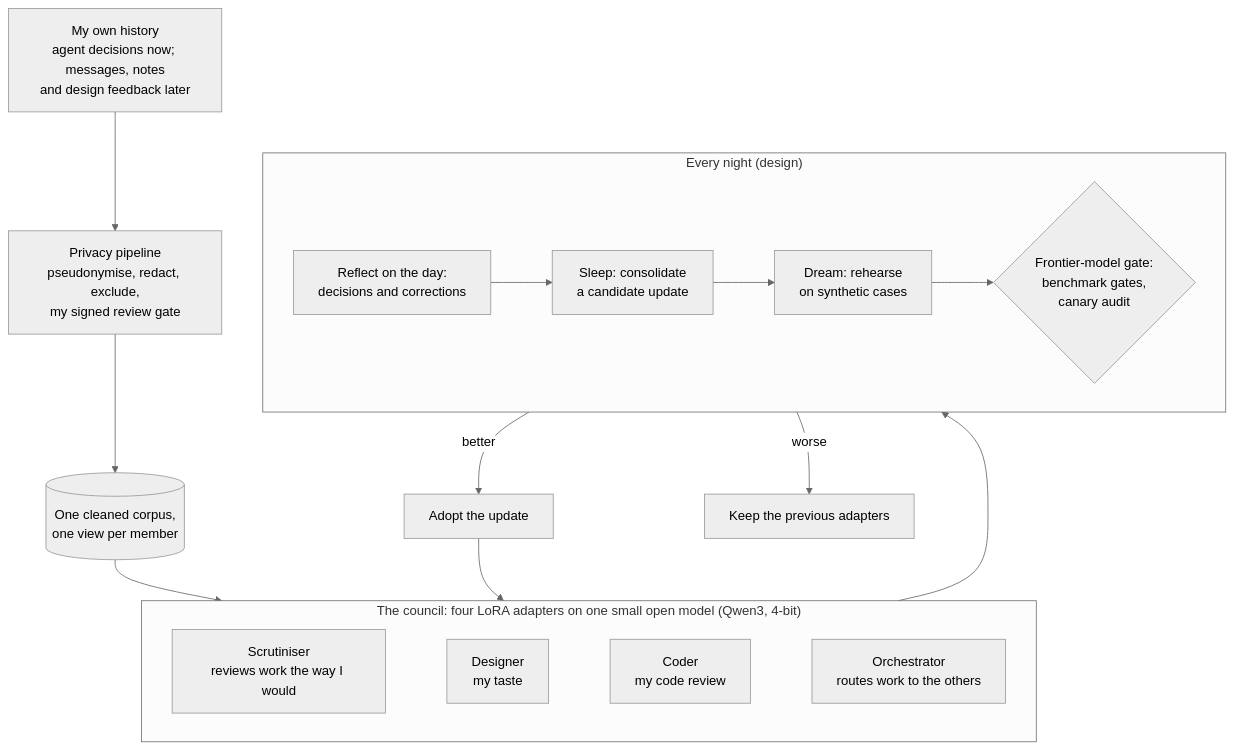
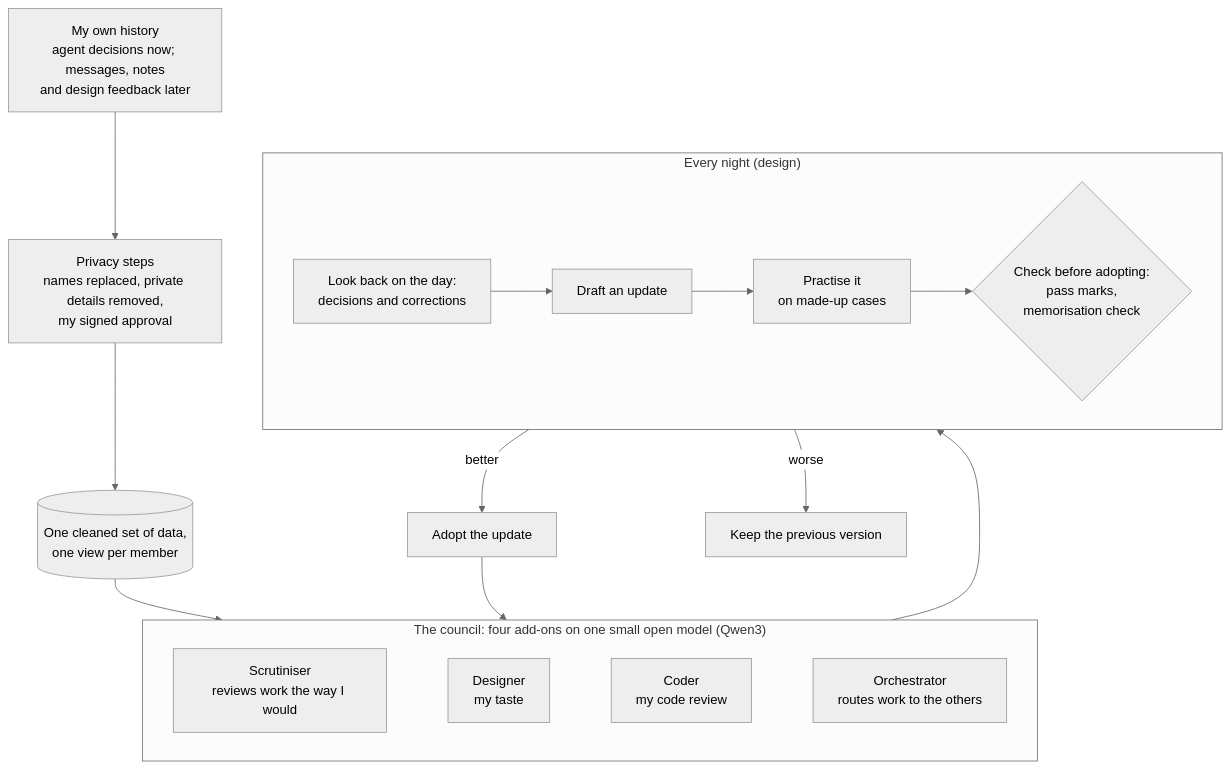
Before and after one commit to Sohwhat6420/ethan-council: the diagram in README.md, drawn with Mermaid (neutral theme). The commit also changed other lines of this file and 17 other files, not shown here.

````diff
--- a/README.md
+++ b/README.md
@@ -107,18 +73,18 @@
 ```mermaid
 flowchart TB
-  S["My own history<br/>agent decisions now; messages, notes<br/>and design feedback later"] --> P["Privacy pipeline<br/>pseudonymise, redact, exclude,<br/>my signed review gate"]
-  P --> C[("One cleaned corpus,<br/>one view per member")]
+  S["My own history<br/>agent decisions now; messages, notes<br/>and design feedback later"] --> P["Privacy steps<br/>names replaced, private details removed,<br/>my signed approval"]
+  P --> C[("One cleaned set of data,<br/>one view per member")]
   C --> council
-  subgraph council["The council: four LoRA adapters on one small open model (Qwen3, 4-bit)"]
+  subgraph council["The council: four add-ons on one small open model (Qwen3)"]
     direction LR
     L1["Scrutiniser<br/>reviews work the way I would"] ~~~ L2["Designer<br/>my taste"] ~~~ L3["Coder<br/>my code review"] ~~~ L4["Orchestrator<br/>routes work to the others"]
   end
   council --> night
   subgraph night["Every night (design)"]
     direction LR
-    R["Reflect on the day:<br/>decisions and corrections"] --> SL["Sleep: consolidate<br/>a candidate update"] --> D["Dream: rehearse<br/>on synthetic cases"] --> G{"Frontier-model gate:<br/>benchmark gates,<br/>canary audit"}
+    R["Look back on the day:<br/>decisions and corrections"] --> SL["Draft an update"] --> D["Practise it<br/>on made-up cases"] --> G{"Check before adopting:<br/>pass marks,<br/>memorisation check"}
   end
   G -- better --> U["Adopt the update"]
-  G -- worse --> RB["Keep the previous adapters"]
+  G -- worse --> RB["Keep the previous version"]
   U --> council
 ```
````
